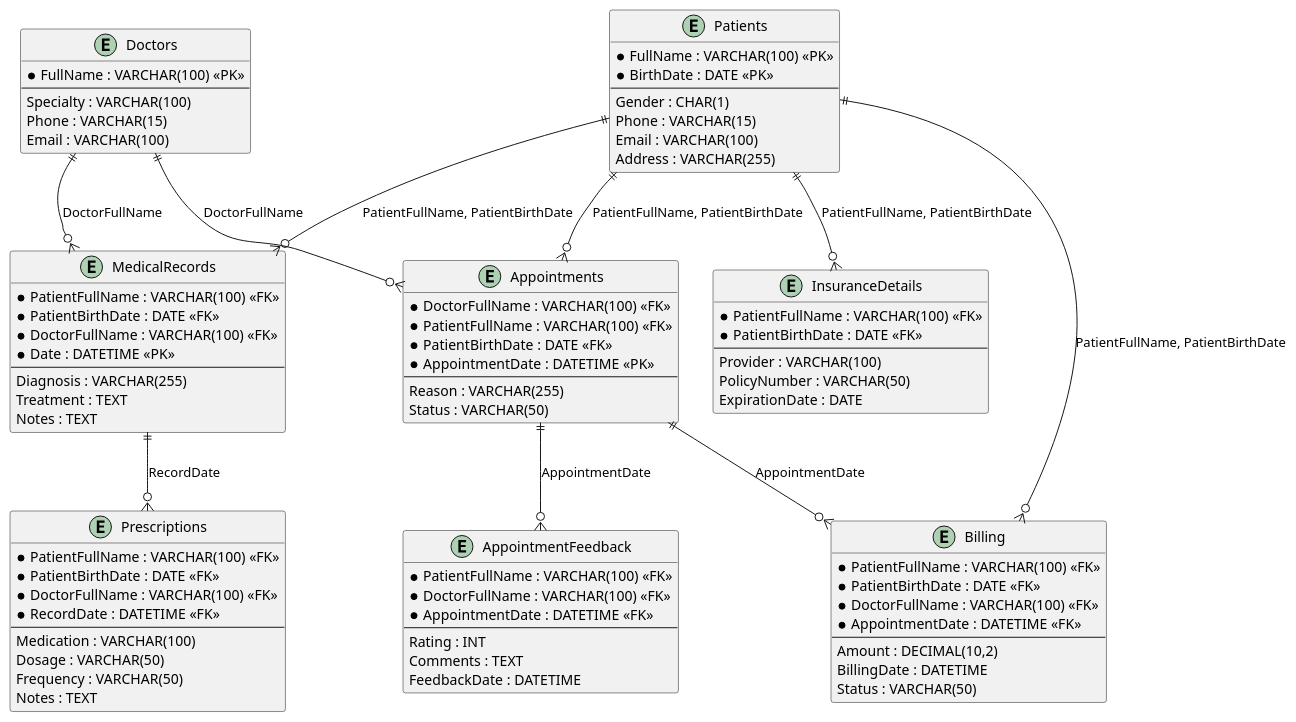
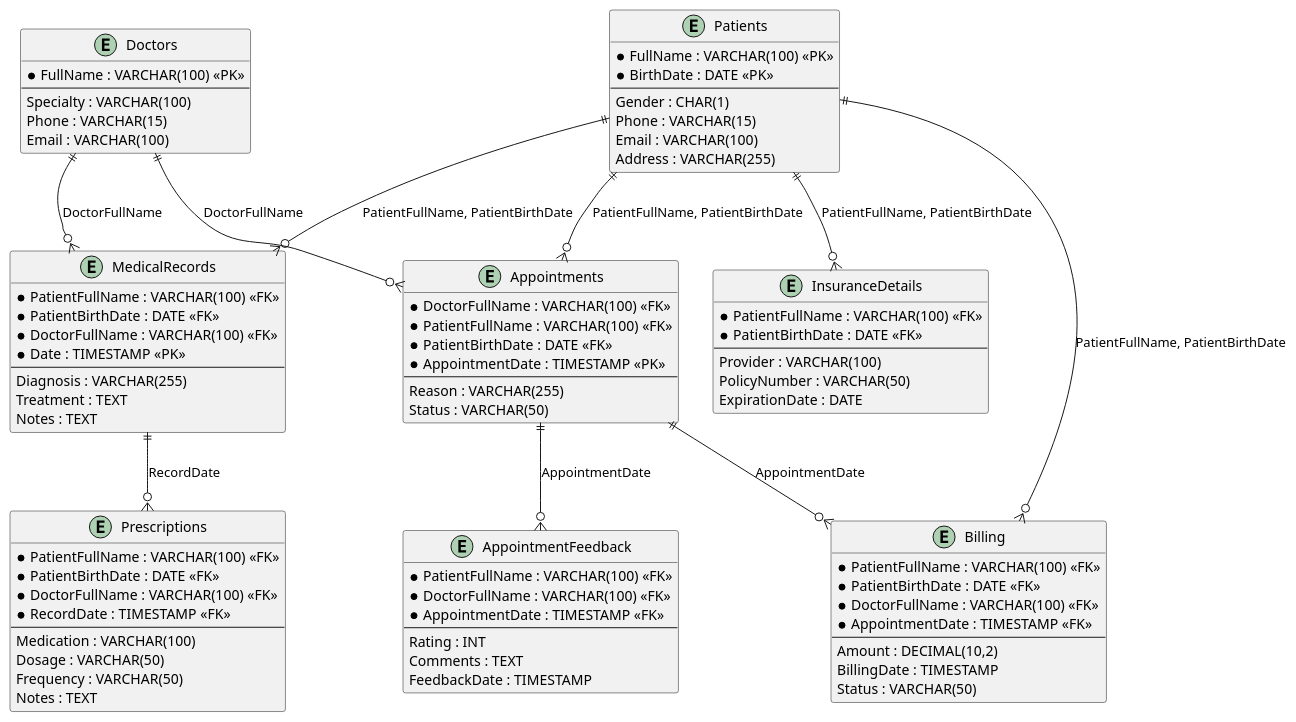
The diagram in oltp/OLTP.plantuml (4llower/hospital-OLTP-OLAP-ETL), drawn with PlantUML before and after one commit. The commit also changed 3 other files, not shown here.

```diff
--- a/oltp/OLTP.plantuml
+++ b/oltp/OLTP.plantuml
@@ -1,92 +1,92 @@
 @startuml diagram
 entity "Doctors" {
   *FullName : VARCHAR(100) <<PK>>
   --
   Specialty : VARCHAR(100)
   Phone : VARCHAR(15)
   Email : VARCHAR(100)
 }
 
 entity "Patients" {
   *FullName : VARCHAR(100) <<PK>>
   *BirthDate : DATE <<PK>>
   --
   Gender : CHAR(1)
   Phone : VARCHAR(15)
   Email : VARCHAR(100)
   Address : VARCHAR(255)
 }
 
 entity "Appointments" {
   *DoctorFullName : VARCHAR(100) <<FK>>
   *PatientFullName : VARCHAR(100) <<FK>>
   *PatientBirthDate : DATE <<FK>>
-  *AppointmentDate : DATETIME <<PK>>
+  *AppointmentDate : TIMESTAMP <<PK>>
   --
   Reason : VARCHAR(255)
   Status : VARCHAR(50)
 }
 
 entity "MedicalRecords" {
   *PatientFullName : VARCHAR(100) <<FK>>
   *PatientBirthDate : DATE <<FK>>
   *DoctorFullName : VARCHAR(100) <<FK>>
-  *Date : DATETIME <<PK>>
+  *Date : TIMESTAMP <<PK>>
   --
   Diagnosis : VARCHAR(255)
   Treatment : TEXT
   Notes : TEXT
 }
 
 entity "Billing" {
   *PatientFullName : VARCHAR(100) <<FK>>
   *PatientBirthDate : DATE <<FK>>
   *DoctorFullName : VARCHAR(100) <<FK>>
-  *AppointmentDate : DATETIME <<FK>>
+  *AppointmentDate : TIMESTAMP <<FK>>
   --
   Amount : DECIMAL(10,2)
-  BillingDate : DATETIME
+  BillingDate : TIMESTAMP
   Status : VARCHAR(50)
 }
 
 entity "Prescriptions" {
   *PatientFullName : VARCHAR(100) <<FK>>
   *PatientBirthDate : DATE <<FK>>
   *DoctorFullName : VARCHAR(100) <<FK>>
-  *RecordDate : DATETIME <<FK>>
+  *RecordDate : TIMESTAMP <<FK>>
   --
   Medication : VARCHAR(100)
   Dosage : VARCHAR(50)
   Frequency : VARCHAR(50)
   Notes : TEXT
 }
 
 entity "InsuranceDetails" {
   *PatientFullName : VARCHAR(100) <<FK>>
   *PatientBirthDate : DATE <<FK>>
   --
   Provider : VARCHAR(100)
   PolicyNumber : VARCHAR(50)
   ExpirationDate : DATE
 }
 
 entity "AppointmentFeedback" {
   *PatientFullName : VARCHAR(100) <<FK>>
   *DoctorFullName : VARCHAR(100) <<FK>>
-  *AppointmentDate : DATETIME <<FK>>
+  *AppointmentDate : TIMESTAMP <<FK>>
   --
   Rating : INT
   Comments : TEXT
-  FeedbackDate : DATETIME
+  FeedbackDate : TIMESTAMP
 }
 
 "Doctors" ||--o{ "Appointments" : "DoctorFullName"
 "Patients" ||--o{ "Appointments" : "PatientFullName, PatientBirthDate"
 "Patients" ||--o{ "MedicalRecords" : "PatientFullName, PatientBirthDate"
 "Doctors" ||--o{ "MedicalRecords" : "DoctorFullName"
 "Patients" ||--o{ "Billing" : "PatientFullName, PatientBirthDate"
 "Appointments" ||--o{ "Billing" : "AppointmentDate"
 "MedicalRecords" ||--o{ "Prescriptions" : "RecordDate"
 "Patients" ||--o{ "InsuranceDetails" : "PatientFullName, PatientBirthDate"
 "Appointments" ||--o{ "AppointmentFeedback" : "AppointmentDate"
 @enduml
```
